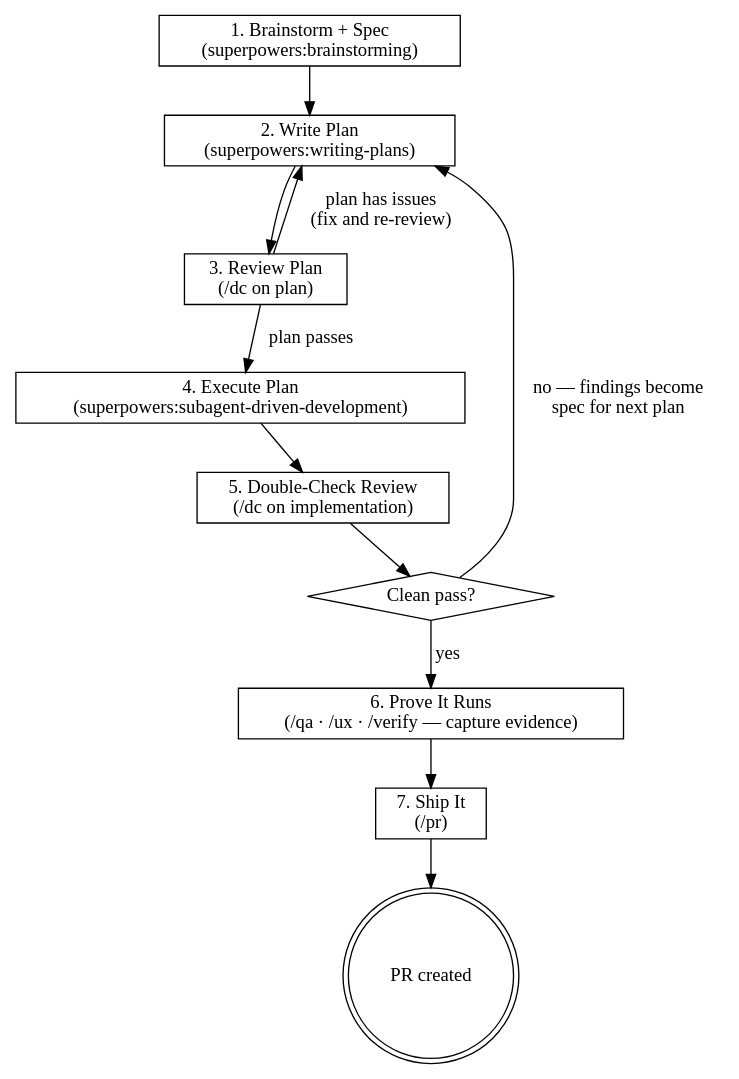
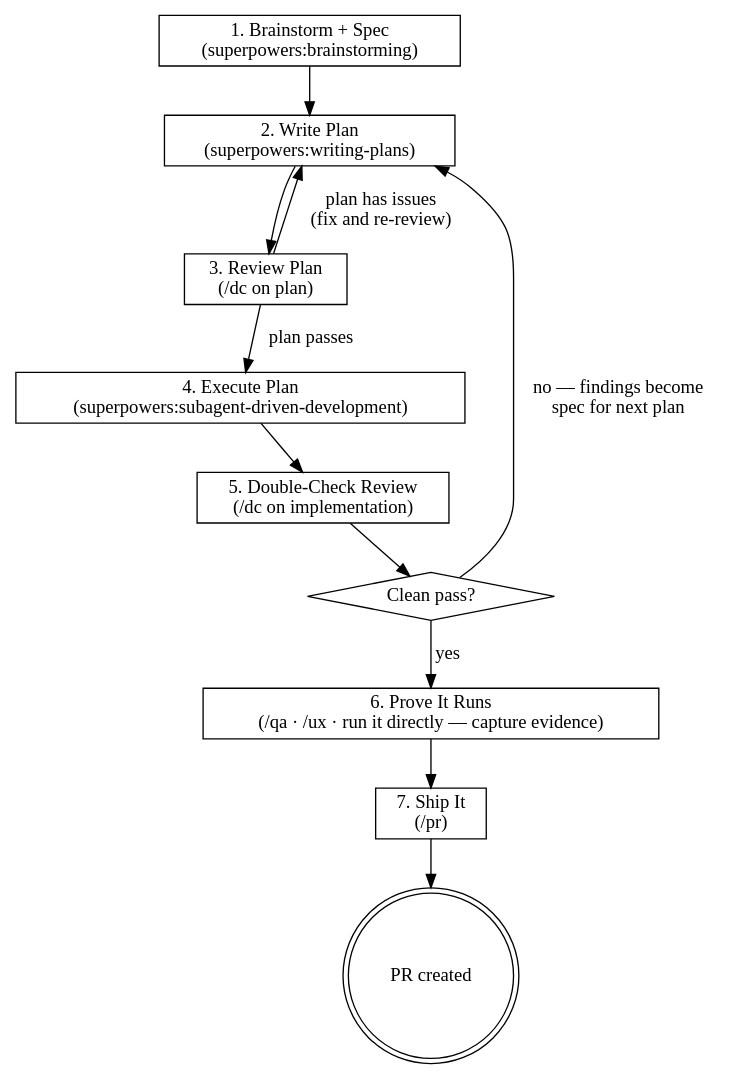
The second of 2 diagrams in jacked/data/skills/jack-it-up/SKILL.md (jackneil/claude-jacked), drawn with Graphviz before and after one commit. The commit also changed other lines of this file and 16 other files, not shown here.

````diff
--- a/jacked/data/skills/jack-it-up/SKILL.md
+++ b/jacked/data/skills/jack-it-up/SKILL.md
@@ -44,27 +44,27 @@
 ```dot
 digraph cycle {
     rankdir=TB;
     node [shape=box];
 
     brainstorm [label="1. Brainstorm + Spec\n(superpowers:brainstorming)"];
     plan [label="2. Write Plan\n(superpowers:writing-plans)"];
     review_plan [label="3. Review Plan\n(/dc on plan)"];
     execute [label="4. Execute Plan\n(superpowers:subagent-driven-development)"];
     review_impl [label="5. Double-Check Review\n(/dc on implementation)"];
     clean [shape=diamond, label="Clean pass?"];
-    verify [label="6. Prove It Runs\n(/qa · /ux · /verify — capture evidence)"];
+    verify [label="6. Prove It Runs\n(/qa · /ux · run it directly — capture evidence)"];
     ship [label="7. Ship It\n(/pr)"];
     done [label="PR created", shape=doublecircle];
 
     brainstorm -> plan;
     plan -> review_plan;
     review_plan -> execute [label="plan passes"];
     review_plan -> plan [label="plan has issues\n(fix and re-review)"];
     execute -> review_impl;
     review_impl -> clean;
     clean -> verify [label="yes"];
     clean -> plan [label="no — findings become\nspec for next plan"];
     verify -> ship;
     ship -> done;
 }
 ```
````
